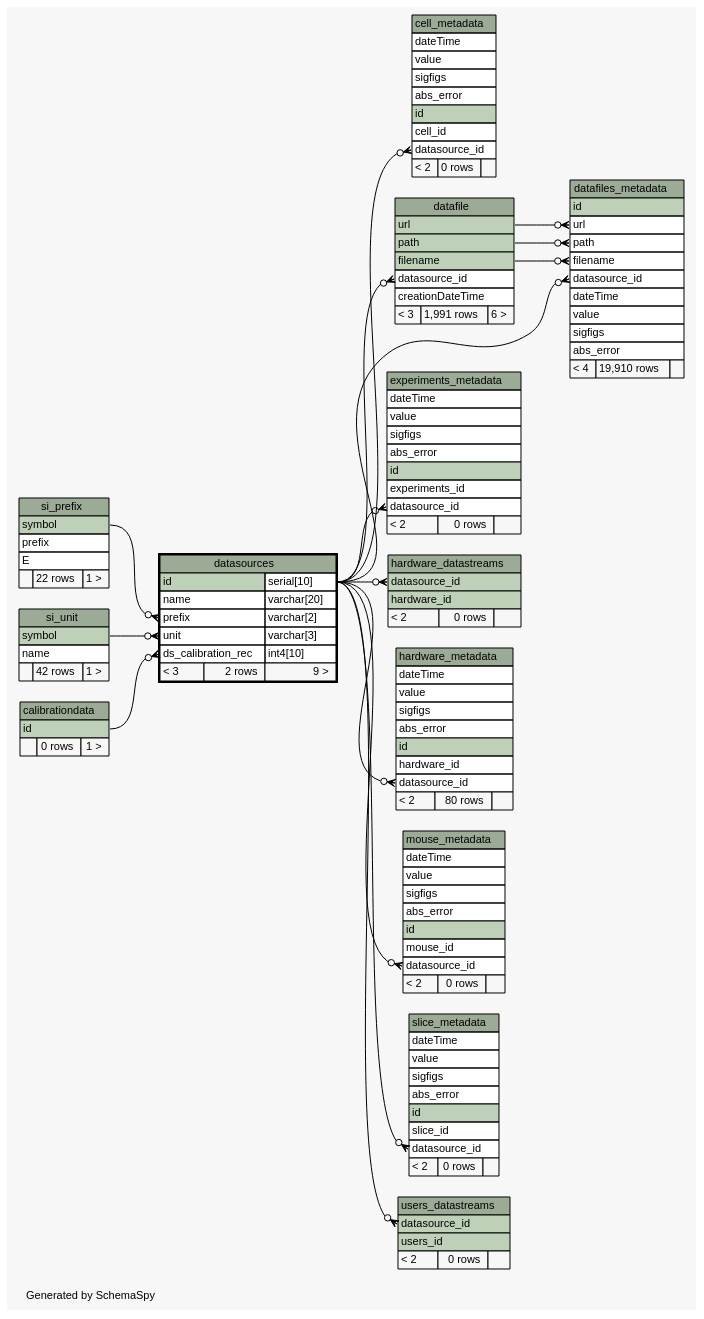
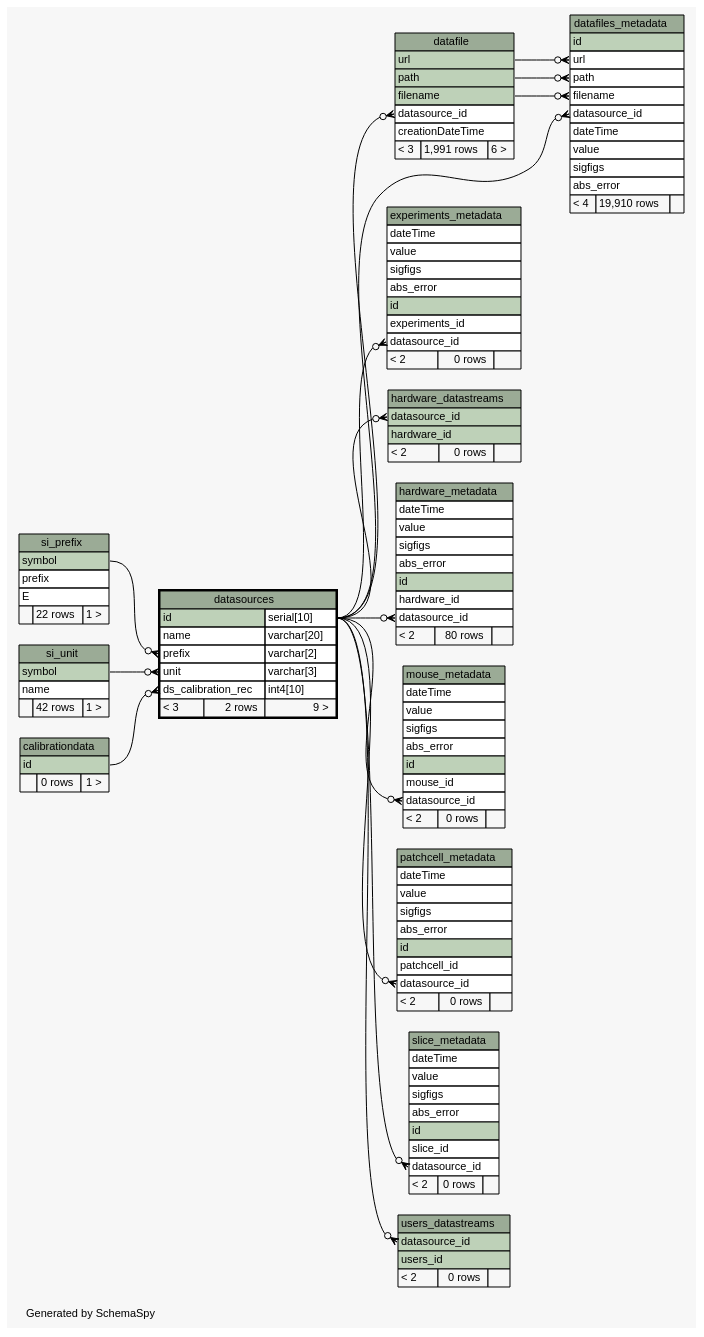
Before and after one commit to tgbugs/mlab: the diagram in database/ss/diagrams/datasources.1degree.dot, drawn with Graphviz. The commit also changed 193 other files, not shown here.

```diff
--- a/database/ss/diagrams/datasources.1degree.dot
+++ b/database/ss/diagrams/datasources.1degree.dot
@@ -19,7 +19,6 @@
   edge [
     arrowsize="0.8"
   ];
-  "cell_metadata":"datasource_id":w -> "datasources":"id.type":e [arrowhead=none dir=back arrowtail=crowodot];
   "datafile":"datasource_id":w -> "datasources":"id.type":e [arrowhead=none dir=back arrowtail=crowodot];
   "datafiles_metadata":"datasource_id":w -> "datasources":"id.type":e [arrowhead=none dir=back arrowtail=crowodot];
   "datafiles_metadata":"filename":w -> "datafile":"filename":e [arrowhead=none dir=back arrowtail=crowodot];
@@ -32,6 +31,7 @@
   "hardware_datastreams":"datasource_id":w -> "datasources":"id.type":e [arrowhead=none dir=back arrowtail=crowodot];
   "hardware_metadata":"datasource_id":w -> "datasources":"id.type":e [arrowhead=none dir=back arrowtail=crowodot];
   "mouse_metadata":"datasource_id":w -> "datasources":"id.type":e [arrowhead=none dir=back arrowtail=crowodot];
+  "patchcell_metadata":"datasource_id":w -> "datasources":"id.type":e [arrowhead=none dir=back arrowtail=crowodot];
   "slice_metadata":"datasource_id":w -> "datasources":"id.type":e [arrowhead=none dir=back arrowtail=crowodot];
   "users_datastreams":"datasource_id":w -> "datasources":"id.type":e [arrowhead=none dir=back arrowtail=crowodot];
   "calibrationdata" [
@@ -43,22 +43,6 @@
     </TABLE>>
     URL="calibrationdata.html"
     tooltip="calibrationdata"
-  ];
-  "cell_metadata" [
-    label=<
-    <TABLE BORDER="0" CELLBORDER="1" CELLSPACING="0" BGCOLOR="#ffffff">
-      <TR><TD COLSPAN="3" BGCOLOR="#9bab96" ALIGN="CENTER">cell_metadata</TD></TR>
-      <TR><TD PORT="dateTime" COLSPAN="3" ALIGN="LEFT">dateTime</TD></TR>
-      <TR><TD PORT="value" COLSPAN="3" ALIGN="LEFT">value</TD></TR>
-      <TR><TD PORT="sigfigs" COLSPAN="3" ALIGN="LEFT">sigfigs</TD></TR>
-      <TR><TD PORT="abs_error" COLSPAN="3" ALIGN="LEFT">abs_error</TD></TR>
-      <TR><TD PORT="id" COLSPAN="3" BGCOLOR="#bed1b8" ALIGN="LEFT">id</TD></TR>
-      <TR><TD PORT="cell_id" COLSPAN="3" ALIGN="LEFT">cell_id</TD></TR>
-      <TR><TD PORT="datasource_id" COLSPAN="3" ALIGN="LEFT">datasource_id</TD></TR>
-      <TR><TD ALIGN="LEFT" BGCOLOR="#f7f7f7">&lt; 2</TD><TD ALIGN="RIGHT" BGCOLOR="#f7f7f7">0 rows</TD><TD ALIGN="RIGHT" BGCOLOR="#f7f7f7">  </TD></TR>
-    </TABLE>>
-    URL="cell_metadata.html"
-    tooltip="cell_metadata"
   ];
   "datafile" [
     label=<
@@ -165,6 +149,22 @@
     URL="mouse_metadata.html"
     tooltip="mouse_metadata"
   ];
+  "patchcell_metadata" [
+    label=<
+    <TABLE BORDER="0" CELLBORDER="1" CELLSPACING="0" BGCOLOR="#ffffff">
+      <TR><TD COLSPAN="3" BGCOLOR="#9bab96" ALIGN="CENTER">patchcell_metadata</TD></TR>
+      <TR><TD PORT="dateTime" COLSPAN="3" ALIGN="LEFT">dateTime</TD></TR>
+      <TR><TD PORT="value" COLSPAN="3" ALIGN="LEFT">value</TD></TR>
+      <TR><TD PORT="sigfigs" COLSPAN="3" ALIGN="LEFT">sigfigs</TD></TR>
+      <TR><TD PORT="abs_error" COLSPAN="3" ALIGN="LEFT">abs_error</TD></TR>
+      <TR><TD PORT="id" COLSPAN="3" BGCOLOR="#bed1b8" ALIGN="LEFT">id</TD></TR>
+      <TR><TD PORT="patchcell_id" COLSPAN="3" ALIGN="LEFT">patchcell_id</TD></TR>
+      <TR><TD PORT="datasource_id" COLSPAN="3" ALIGN="LEFT">datasource_id</TD></TR>
+      <TR><TD ALIGN="LEFT" BGCOLOR="#f7f7f7">&lt; 2</TD><TD ALIGN="RIGHT" BGCOLOR="#f7f7f7">0 rows</TD><TD ALIGN="RIGHT" BGCOLOR="#f7f7f7">  </TD></TR>
+    </TABLE>>
+    URL="patchcell_metadata.html"
+    tooltip="patchcell_metadata"
+  ];
   "si_prefix" [
     label=<
     <TABLE BORDER="0" CELLBORDER="1" CELLSPACING="0" BGCOLOR="#ffffff">
```
